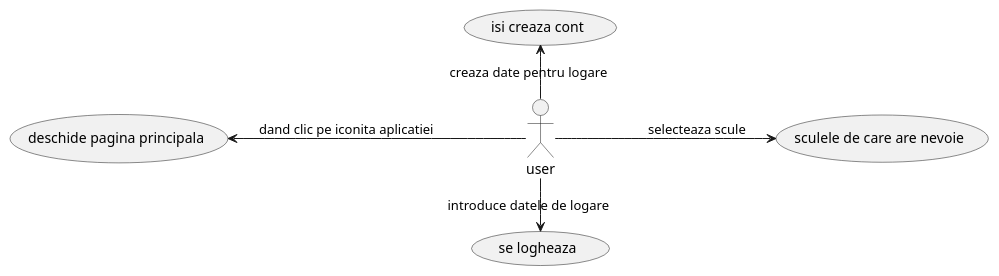
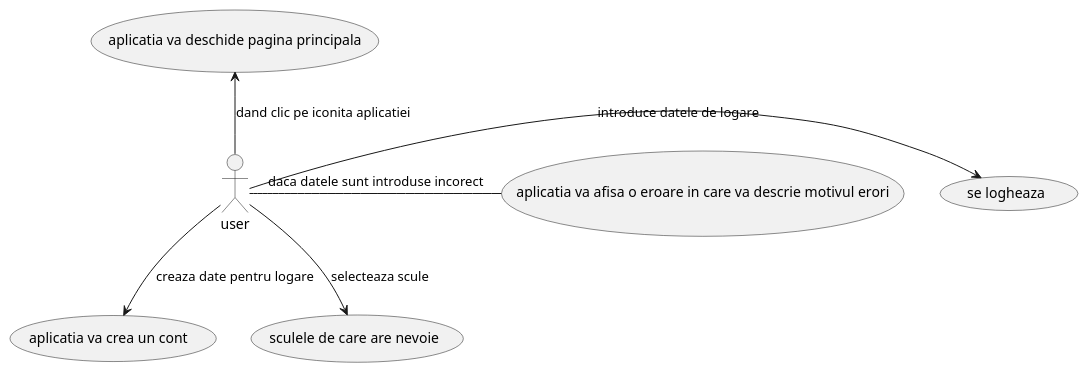
One commit to sergian123/usecase changed the diagram in usecase.puml. Above: the diagram before and after it, drawn with PlantUML.

Commit message:
al 2 comit

```diff
--- a/usecase.puml
+++ b/usecase.puml
@@ -1,7 +1,8 @@
 @startuml
-left to right direction
-:user: -left-> (isi creaza cont):creaza date pentru logare
+:user: --> (aplicatia va crea un cont ):creaza date pentru logare
 :user: -right-> (se logheaza):introduce datele de logare
-:user: -up-> (deschide pagina principala):dand clic pe iconita aplicatiei
+:user: -up-> (aplicatia va deschide pagina principala):dand clic pe iconita aplicatiei
 :user: -down-> (sculele de care are nevoie):selecteaza scule
+:user: -(aplicatia va afisa o eroare in care va descrie motivul erori):daca datele sunt introduse incorect
+
 @enduml
```
